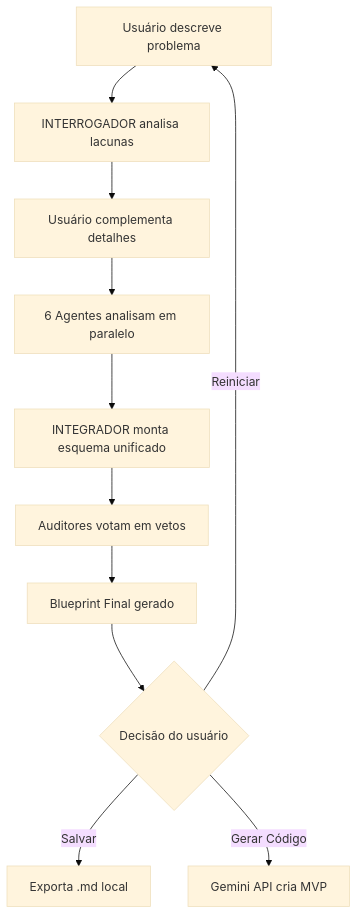
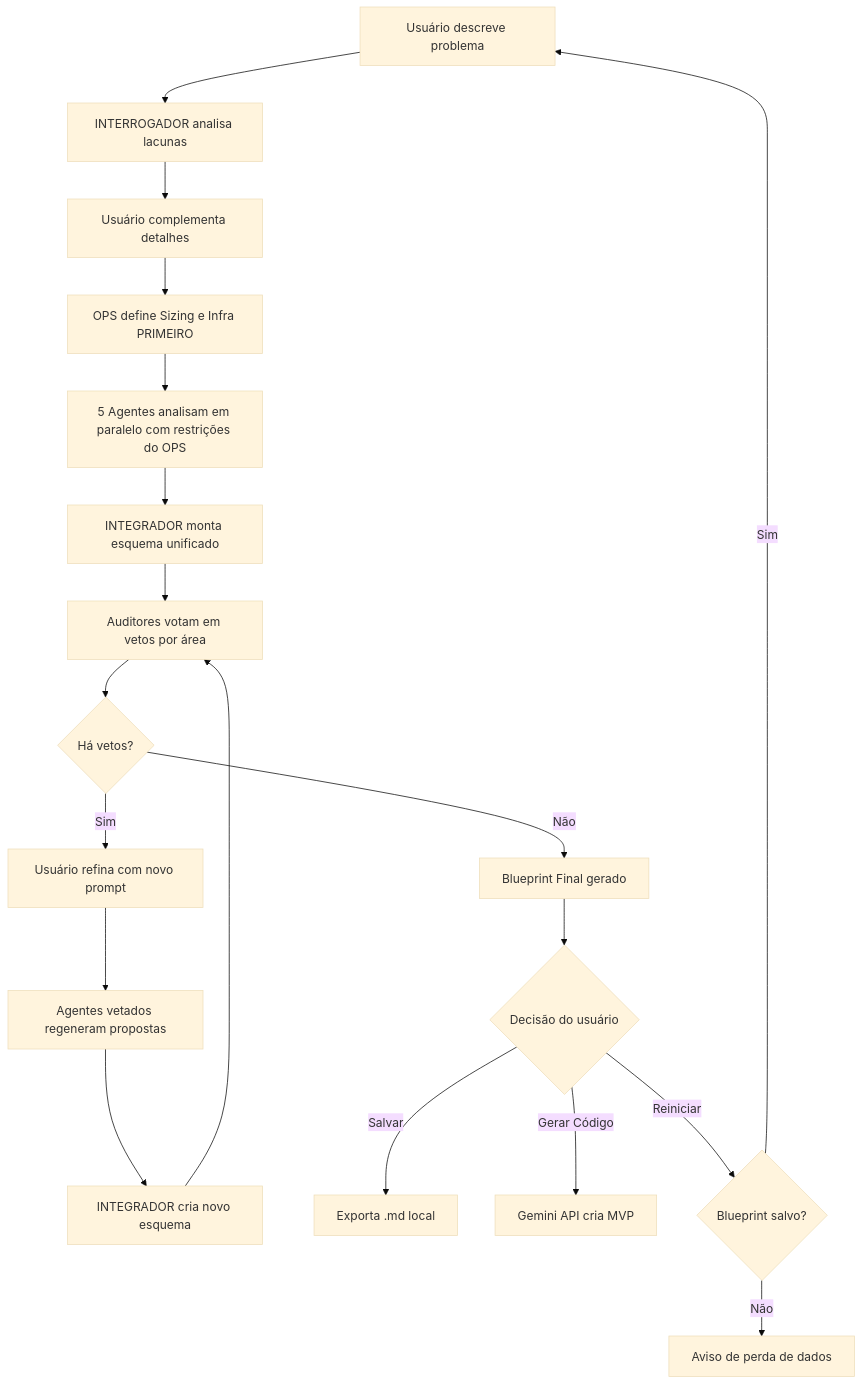
Before and after one commit to AndersonFreitasF/tribunal: the diagram in readme.md, drawn with Mermaid (base theme). The commit also changed other lines of this file, not shown here.

First line of the commit message:
Update README with new dependencies and flow changes

````diff
--- a/readme.md
+++ b/readme.md
@@ -36,13 +34,21 @@
 ```mermaid
 graph TD
     A[Usuário descreve problema] --> B[INTERROGADOR analisa lacunas]
     B --> C[Usuário complementa detalhes]
-    C --> D[6 Agentes analisam em paralelo]
-    D --> E[INTEGRADOR monta esquema unificado]
-    E --> F[Auditores votam em vetos]
-    F --> G[Blueprint Final gerado]
-    G --> H{Decisão do usuário}
-    H -->|Salvar| I[Exporta .md local]
-    H -->|Gerar Código| J[Gemini API cria MVP]
-    H -->|Reiniciar| A
+    C --> D[OPS define Sizing e Infra PRIMEIRO]
+    D --> E[5 Agentes analisam em paralelo com restrições do OPS]
+    E --> F[INTEGRADOR monta esquema unificado]
+    F --> G[Auditores votam em vetos por área]
+    G --> H{Há vetos?}
+    H -->|Sim| I[Usuário refina com novo prompt]
+    I --> J[Agentes vetados regeneram propostas]
+    J --> K[INTEGRADOR cria novo esquema]
+    K --> G
+    H -->|Não| L[Blueprint Final gerado]
+    L --> M{Decisão do usuário}
+    M -->|Salvar| N[Exporta .md local]
+    M -->|Gerar Código| O[Gemini API cria MVP]
+    M -->|Reiniciar| P{Blueprint salvo?}
+    P -->|Não| Q[Aviso de perda de dados]
+    P -->|Sim| A
 ```
````
